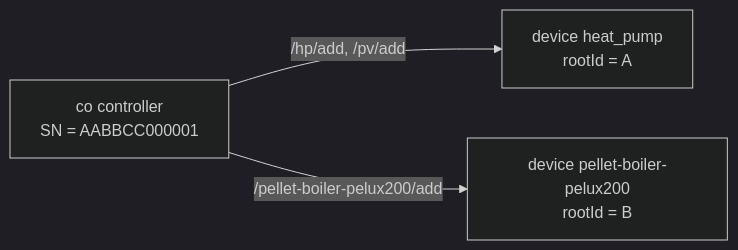
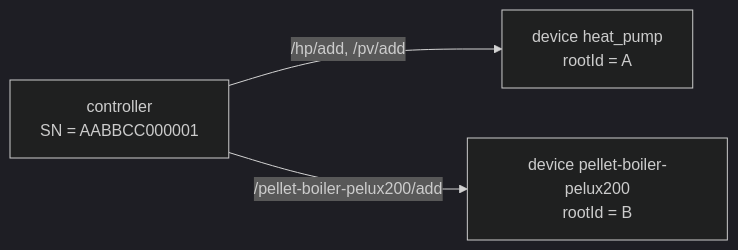
The third of 6 diagrams in docs/en/moduly/core/2-how-it-works.md (robertorlowski/chpc-web), drawn with Mermaid (dark theme) before and after one commit. The commit also changed other lines of this file and 51 other files, not shown here.

````diff
--- a/docs/en/moduly/core/2-how-it-works.md
+++ b/docs/en/moduly/core/2-how-it-works.md
@@ -83,5 +83,5 @@
 ```mermaid
 flowchart LR
-    SN["co controller<br/>SN = AABBCC000001"] -- "/hp/add, /pv/add" --> HP["device heat_pump<br/>rootId = A"]
+    SN["controller<br/>SN = AABBCC000001"] -- "/hp/add, /pv/add" --> HP["device heat_pump<br/>rootId = A"]
     SN -- "/pellet-boiler-pelux200/add" --> PB["device pellet-boiler-pelux200<br/>rootId = B"]
 ```
````
